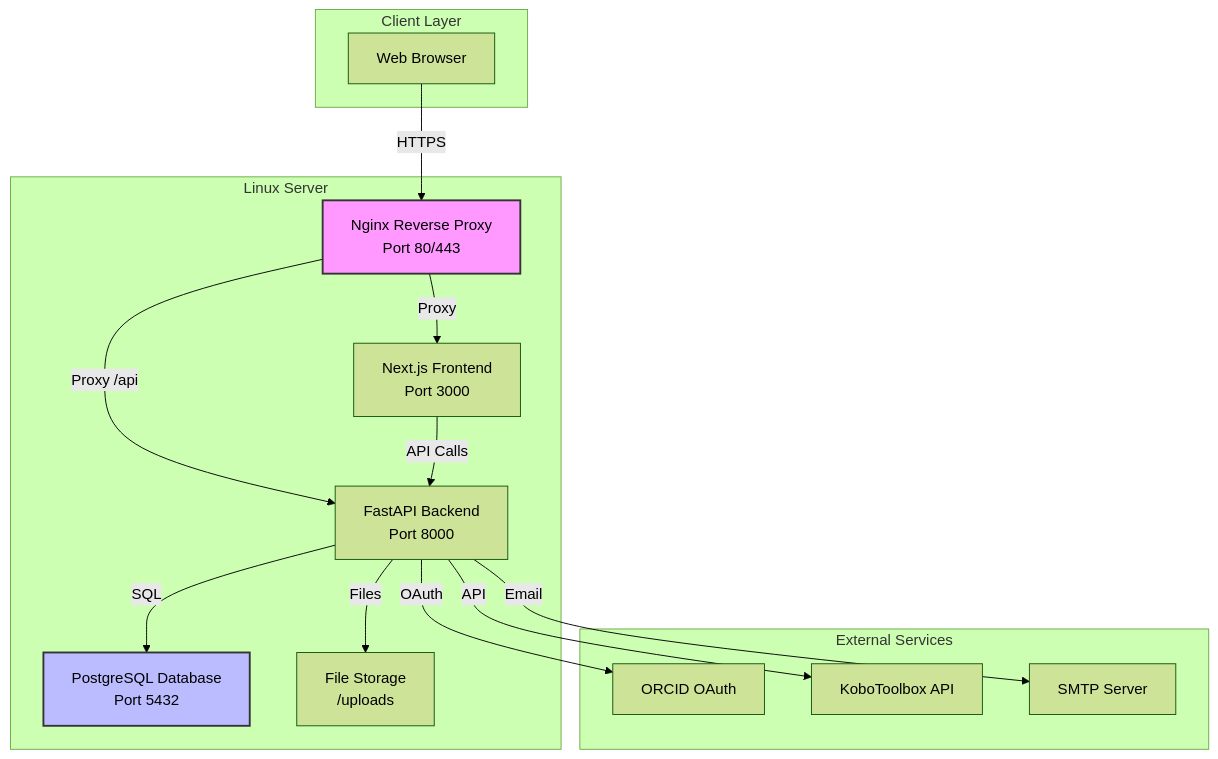
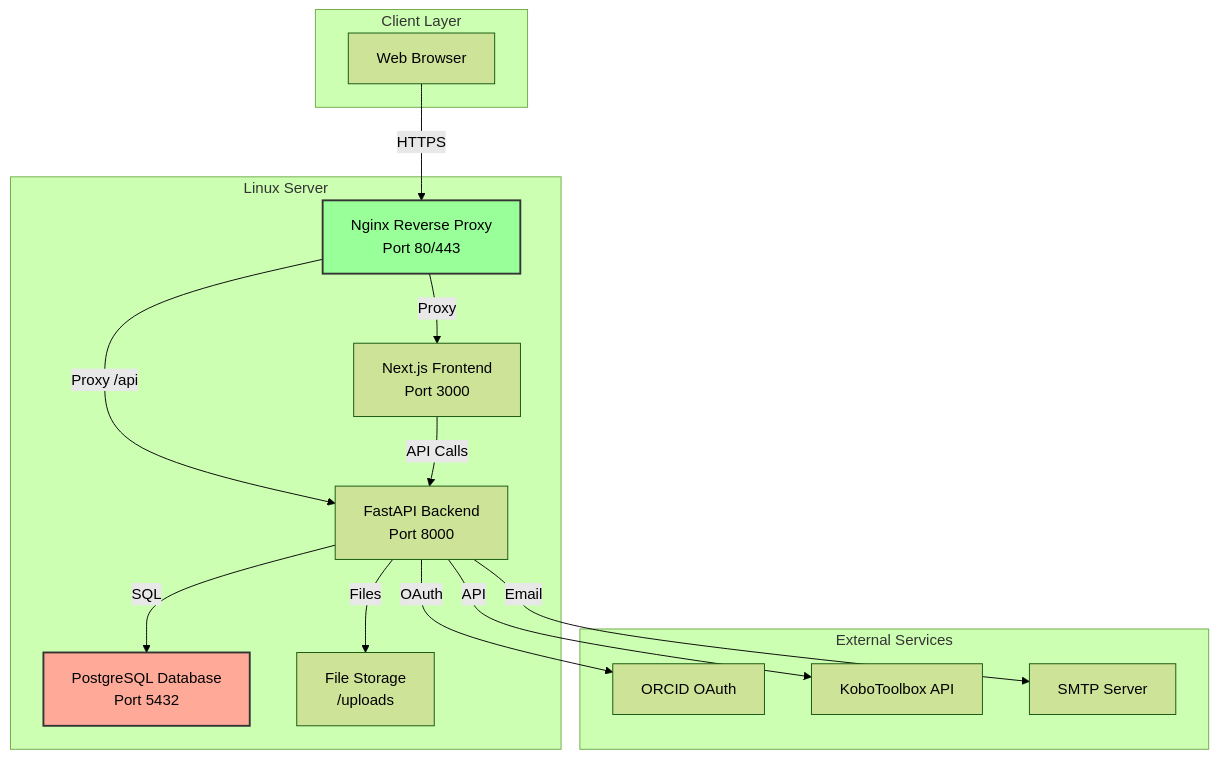
Before and after one commit to dacorisdata/dacoris: the first of 7 diagrams in LINUX_DEPLOYMENT_GUIDE.md, drawn with Mermaid (forest theme). The commit also changed other lines of this file, not shown here.

Commit message:
Fix Mermaid diagram syntax errors and improve color visibility

````diff
--- a/LINUX_DEPLOYMENT_GUIDE.md
+++ b/LINUX_DEPLOYMENT_GUIDE.md
@@ -21,33 +21,33 @@
 ```mermaid
 graph TB
     subgraph "Client Layer"
         A[Web Browser]
     end
     
     subgraph "Linux Server"
         B[Nginx Reverse Proxy<br/>Port 80/443]
         C[Next.js Frontend<br/>Port 3000]
         D[FastAPI Backend<br/>Port 8000]
         E[PostgreSQL Database<br/>Port 5432]
         F[File Storage<br/>/uploads]
     end
     
     subgraph "External Services"
         G[ORCID OAuth]
         H[KoboToolbox API]
         I[SMTP Server]
     end
     
     A -->|HTTPS| B
     B -->|Proxy| C
     B -->|Proxy /api| D
     C -->|API Calls| D
     D -->|SQL| E
     D -->|Files| F
     D -->|OAuth| G
     D -->|API| H
     D -->|Email| I
     
-    style B fill:#f9f,stroke:#333,stroke-width:2px
-    style E fill:#bbf,stroke:#333,stroke-width:2px
+    style B fill:#9f9,stroke:#333,stroke-width:2px
+    style E fill:#fa9,stroke:#333,stroke-width:2px
 ```
````
